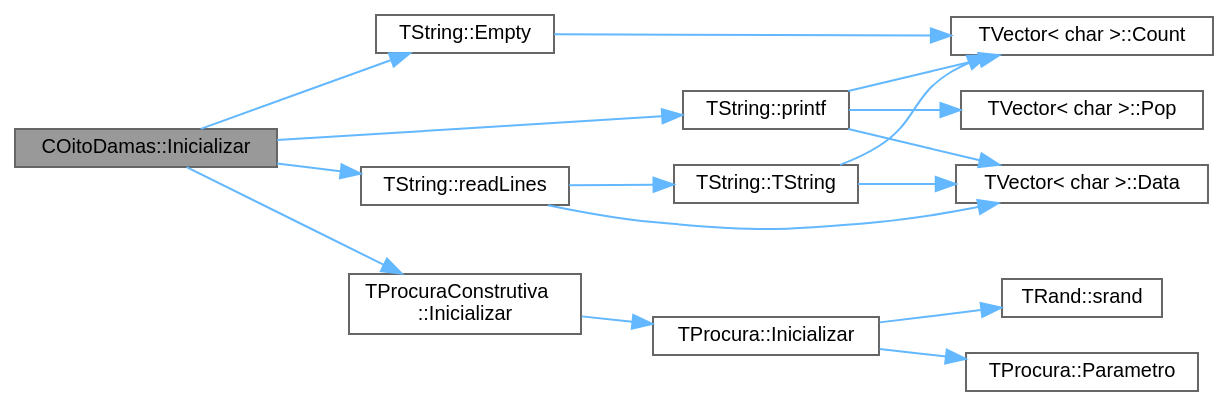
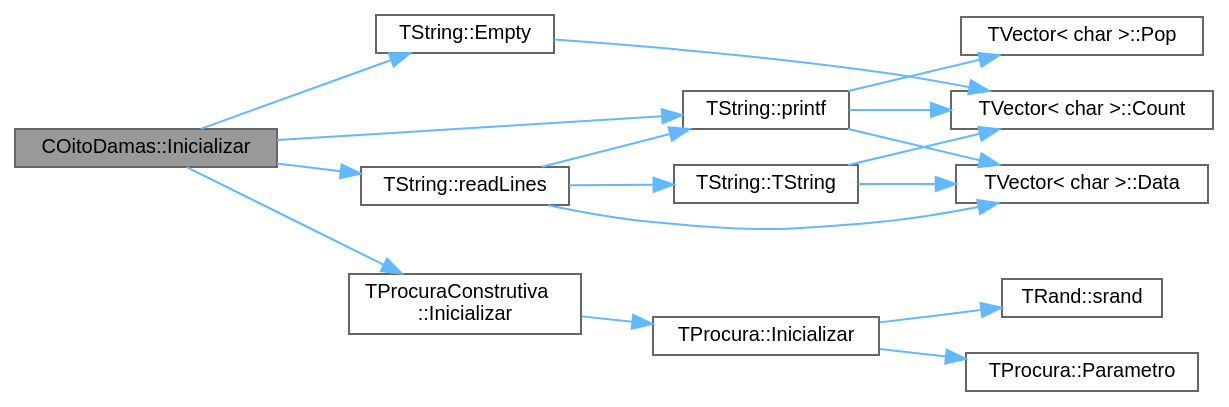
Before and after one commit to jcoelho72/TProcura: the diagram in classCOitoDamas_a48d0b8900af154394ad59db6d0d94214_cgraph.dot, drawn with Graphviz. The commit also changed 12 other files, not shown here.

```diff
--- a/classCOitoDamas_a48d0b8900af154394ad59db6d0d94214_cgraph.dot
+++ b/classCOitoDamas_a48d0b8900af154394ad59db6d0d94214_cgraph.dot
@@ -1,35 +1,36 @@
 digraph "COitoDamas::Inicializar"
 {
  // LATEX_PDF_SIZE
   bgcolor="transparent";
   edge [fontname=Helvetica,fontsize=10,labelfontname=Helvetica,labelfontsize=10];
   node [fontname=Helvetica,fontsize=10,shape=box,height=0.2,width=0.4];
   rankdir="LR";
   Node1 [id="Node000001",label="COitoDamas::Inicializar",height=0.2,width=0.4,color="gray40", fillcolor="grey60", style="filled", fontcolor="black",tooltip="Coloca o objecto no estado inicial da procura."];
   Node1 -> Node2 [id="edge1_Node000001_Node000002",color="steelblue1",style="solid",tooltip=" "];
   Node2 [id="Node000002",label="TString::Empty",height=0.2,width=0.4,color="grey40", fillcolor="white", style="filled",URL="$classTString.html#a8c4d6fec2dd3afac9a4f3442b786af33",tooltip=" "];
   Node2 -> Node3 [id="edge2_Node000002_Node000003",color="steelblue1",style="solid",tooltip=" "];
   Node3 [id="Node000003",label="TVector\< char \>::Count",height=0.2,width=0.4,color="grey40", fillcolor="white", style="filled",URL="$classTVector.html#ac3c744d84543ca6e32859eb7dfccfeef",tooltip=" "];
   Node1 -> Node4 [id="edge3_Node000001_Node000004",color="steelblue1",style="solid",tooltip=" "];
   Node4 [id="Node000004",label="TProcuraConstrutiva\l::Inicializar",height=0.2,width=0.4,color="grey40", fillcolor="white", style="filled",URL="$group__RedefinicaoMandatoria.html#ga2eabd047192d429686aeadf549136d44",tooltip="Coloca o objecto no estado inicial da procura."];
   Node4 -> Node5 [id="edge4_Node000004_Node000005",color="steelblue1",style="solid",tooltip=" "];
   Node5 [id="Node000005",label="TProcura::Inicializar",height=0.2,width=0.4,color="grey40", fillcolor="white", style="filled",URL="$classTProcura.html#a1af0e64ed79d99972d8d48fadf839f43",tooltip="Coloca o objecto no estado inicial da procura."];
   Node5 -> Node6 [id="edge5_Node000005_Node000006",color="steelblue1",style="solid",tooltip=" "];
   Node6 [id="Node000006",label="TProcura::Parametro",height=0.2,width=0.4,color="grey40", fillcolor="white", style="filled",URL="$classTProcura.html#a0e9e692f29af8a5d5279a8647c800437",tooltip=" "];
   Node5 -> Node7 [id="edge6_Node000005_Node000007",color="steelblue1",style="solid",tooltip=" "];
   Node7 [id="Node000007",label="TRand::srand",height=0.2,width=0.4,color="grey40", fillcolor="white", style="filled",URL="$namespaceTRand.html#ad0b319d6f58ab6820b001b4e3d3ae245",tooltip="Inicializa a semente da geração pseudo-aleatória."];
   Node1 -> Node8 [id="edge7_Node000001_Node000008",color="steelblue1",style="solid",tooltip=" "];
   Node8 [id="Node000008",label="TString::printf",height=0.2,width=0.4,color="grey40", fillcolor="white", style="filled",URL="$classTString.html#a4b9a718839325a0e057bc6e2483d3f17",tooltip=" "];
   Node8 -> Node3 [id="edge8_Node000008_Node000003",color="steelblue1",style="solid",tooltip=" "];
   Node8 -> Node9 [id="edge9_Node000008_Node000009",color="steelblue1",style="solid",tooltip=" "];
   Node9 [id="Node000009",label="TVector\< char \>::Data",height=0.2,width=0.4,color="grey40", fillcolor="white", style="filled",URL="$classTVector.html#addd572d70b587092fddc21a8b0f53120",tooltip="Acesso direto."];
   Node8 -> Node10 [id="edge10_Node000008_Node000010",color="steelblue1",style="solid",tooltip=" "];
   Node10 [id="Node000010",label="TVector\< char \>::Pop",height=0.2,width=0.4,color="grey40", fillcolor="white", style="filled",URL="$classTVector.html#a3249913626d54e46b07e168ce1f05d87",tooltip=" "];
   Node1 -> Node11 [id="edge11_Node000001_Node000011",color="steelblue1",style="solid",tooltip=" "];
   Node11 [id="Node000011",label="TString::readLines",height=0.2,width=0.4,color="grey40", fillcolor="white", style="filled",URL="$classTString.html#ae7b848f7e090aae31886c8fd535e1055",tooltip=" "];
   Node11 -> Node9 [id="edge12_Node000011_Node000009",color="steelblue1",style="solid",tooltip=" "];
-  Node11 -> Node12 [id="edge13_Node000011_Node000012",color="steelblue1",style="solid",tooltip=" "];
+  Node11 -> Node8 [id="edge13_Node000011_Node000008",color="steelblue1",style="solid",tooltip=" "];
+  Node11 -> Node12 [id="edge14_Node000011_Node000012",color="steelblue1",style="solid",tooltip=" "];
   Node12 [id="Node000012",label="TString::TString",height=0.2,width=0.4,color="grey40", fillcolor="white", style="filled",URL="$classTString.html#a2fb70d94c8fdba6d90145a01aec1ce3f",tooltip=" "];
-  Node12 -> Node3 [id="edge14_Node000012_Node000003",color="steelblue1",style="solid",tooltip=" "];
-  Node12 -> Node9 [id="edge15_Node000012_Node000009",color="steelblue1",style="solid",tooltip=" "];
+  Node12 -> Node3 [id="edge15_Node000012_Node000003",color="steelblue1",style="solid",tooltip=" "];
+  Node12 -> Node9 [id="edge16_Node000012_Node000009",color="steelblue1",style="solid",tooltip=" "];
 }
```
